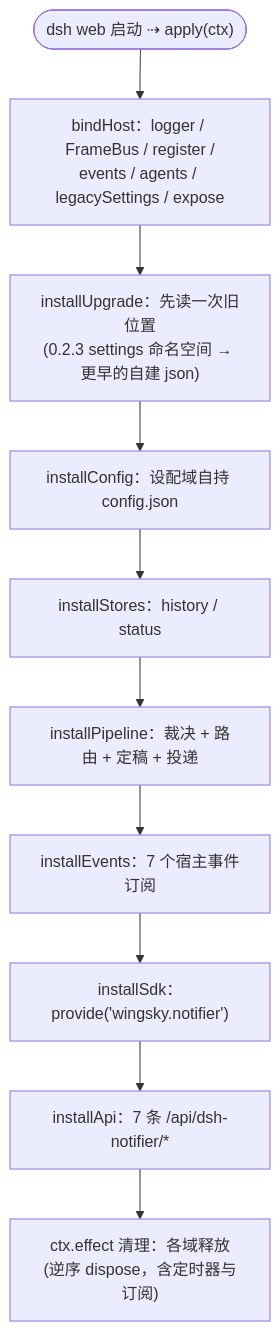
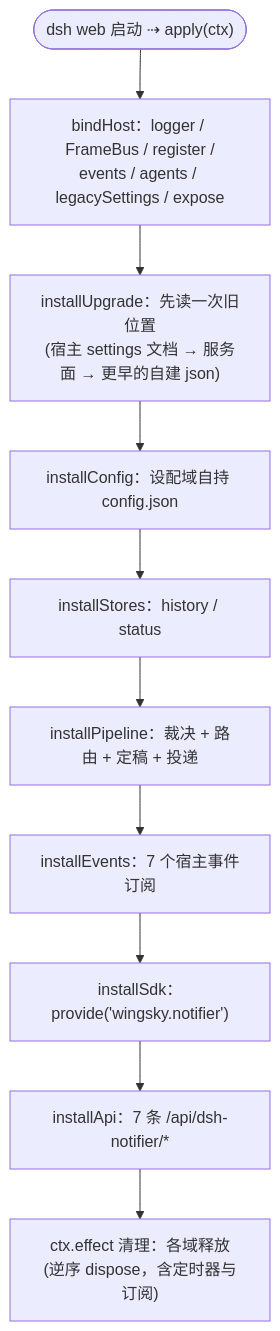
The first of 2 diagrams in docs/architecture/dsh-notifier.md (wingsky-1/dsh-plugin-hub), drawn with Mermaid before and after one commit. The commit also changed other lines of this file and 3 other files, not shown here.

````diff
--- a/docs/architecture/dsh-notifier.md
+++ b/docs/architecture/dsh-notifier.md
@@ -37,12 +37,12 @@
 ```mermaid
 flowchart TD
     S(["dsh web 启动 ⇢ apply(ctx)"]) --> A["bindHost：logger / FrameBus / register /<br/>events / agents / legacySettings / expose"]
-    A --> B["installUpgrade：先读一次旧位置<br/>(0.2.3 settings 命名空间 → 更早的自建 json)"]
+    A --> B["installUpgrade：先读一次旧位置<br/>(宿主 settings 文档 → 服务面 → 更早的自建 json)"]
     B --> C["installConfig：设配域自持 config.json"]
     C --> D["installStores：history / status"]
     D --> E["installPipeline：裁决 + 路由 + 定稿 + 投递"]
     E --> F["installEvents：7 个宿主事件订阅"]
     F --> G["installSdk：provide('wingsky.notifier')"]
     G --> H["installApi：7 条 /api/dsh-notifier/*"]
     H --> I["ctx.effect 清理：各域释放<br/>(逆序 dispose，含定时器与订阅)"]
 ```
````
